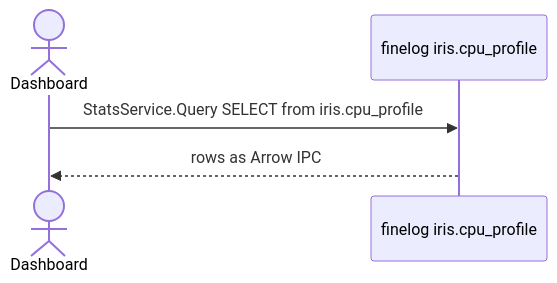
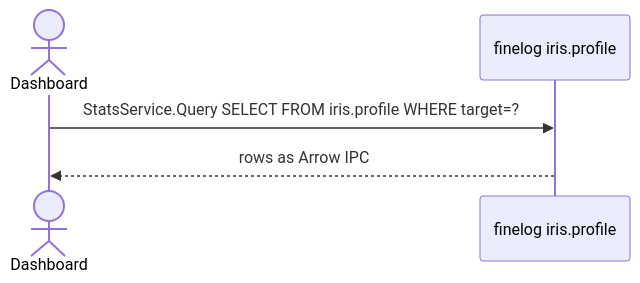
The sixth of 6 diagrams in .agents/projects/iris_profile_to_finelog/design.md (marin-community/marin), drawn with Mermaid before and after one commit. The commit also changed other lines of this file and 1 other file, not shown here.

First line of the commit message:
[Design] iris_profile_to_finelog: unify namespace, persist all kinds, restore controller self-profile

````diff
--- a/.agents/projects/iris_profile_to_finelog/design.md
+++ b/.agents/projects/iris_profile_to_finelog/design.md
@@ -113,7 +123,7 @@
 ```mermaid
 sequenceDiagram
     actor User as Dashboard
-    participant FL as finelog iris.cpu_profile
-    User->>FL: StatsService.Query SELECT from iris.cpu_profile
+    participant FL as finelog iris.profile
+    User->>FL: StatsService.Query SELECT FROM iris.profile WHERE target=?
     FL-->>User: rows as Arrow IPC
 ```
````
